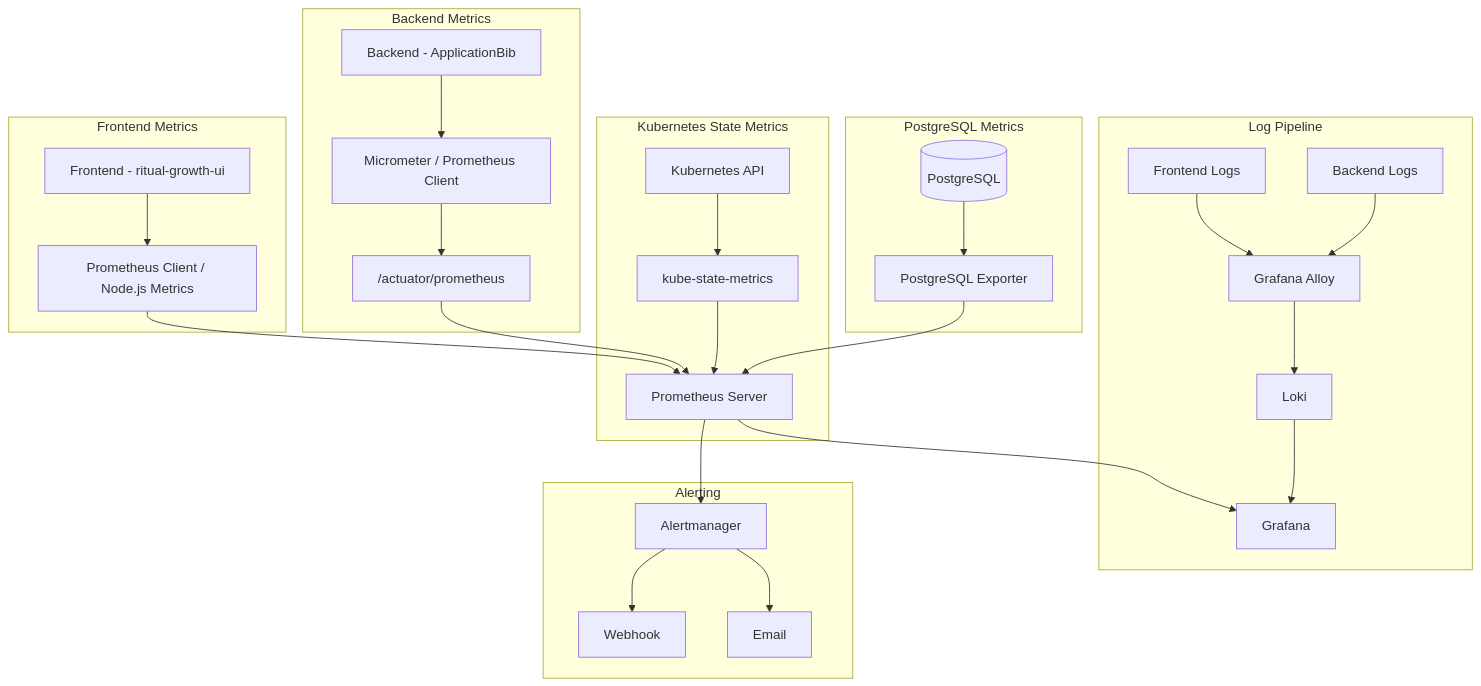
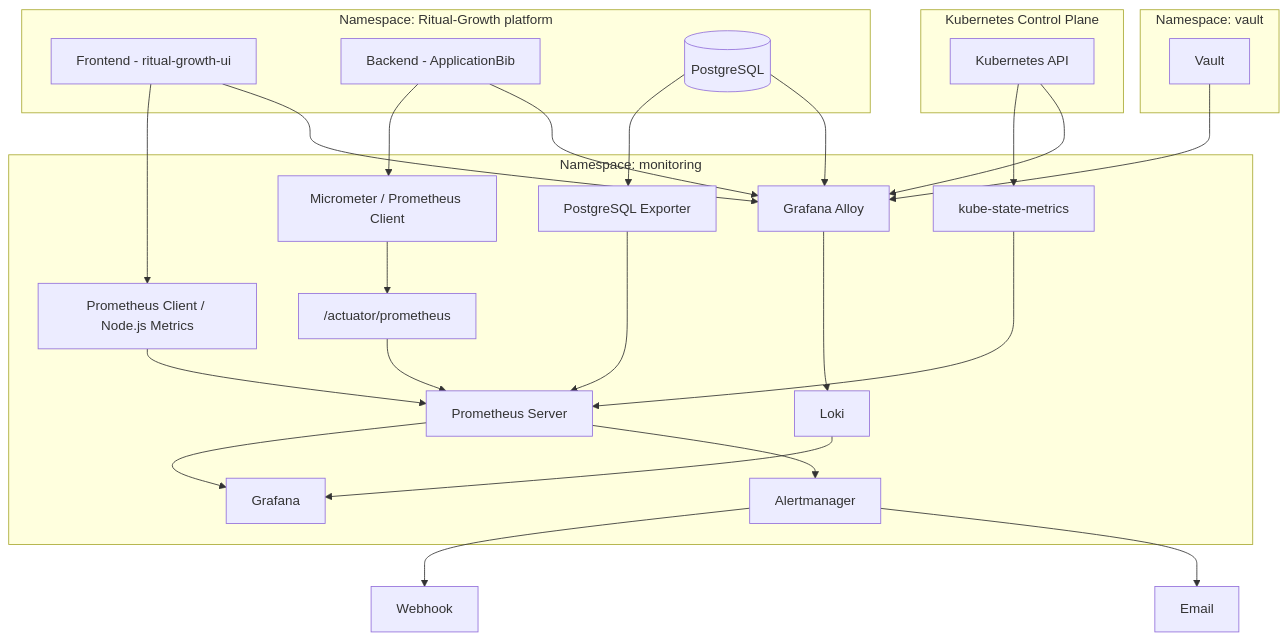
The sixth of 9 diagrams in docs/threat-model/threat-model.md (chaos-MK/ApplicationBib), drawn with Mermaid before and after one commit.

Commit message:
docs(threat-model): refine observability architecture [skip ci]

````diff
--- a/docs/threat-model/threat-model.md
+++ b/docs/threat-model/threat-model.md
@@ -542,44 +542,67 @@
 ```mermaid
 flowchart TD
-    subgraph FrontendMetrics [Frontend Metrics]
+    subgraph ApplicationNamespace ["Namespace: Ritual-Growth platform"]
         FE[Frontend - ritual-growth-ui]
-        FMC[Prometheus Client / Node.js Metrics]
-        FE --> FMC
+        BE[Backend - ApplicationBib]
+        PG[(PostgreSQL)]
     end
 
-    subgraph BackendMetrics [Backend Metrics]
-        BE[Backend - ApplicationBib]
+    subgraph VaultNamespace ["Namespace: vault"]
+        VAULT[Vault]
+    end
+
+    subgraph MonitoringNamespace ["Namespace: monitoring"]
+        FMC[Prometheus Client / Node.js Metrics]
         MC[Micrometer / Prometheus Client]
         EP["/actuator/prometheus"]
-        BE --> MC
-        MC --> EP
+
+        PS[Prometheus Server]
+        KSM[kube-state-metrics]
+        PGE[PostgreSQL Exporter]
+
+        ALLOY[Grafana Alloy]
+        LOKI[Loki]
+        GF[Grafana]
+        AM[Alertmanager]
     end
 
-    FMC --> PS[Prometheus Server]
+    subgraph KubernetesControlPlane ["Kubernetes Control Plane"]
+        KA[Kubernetes API]
+    end
+
+    %% Frontend metrics
+    FE --> FMC
+    FMC --> PS
+
+    %% Backend metrics
+    BE --> MC
+    MC --> EP
     EP --> PS
 
-    subgraph K8sMetrics [Kubernetes State Metrics]
-        KA[Kubernetes API] --> KSM[kube-state-metrics]
-        KSM --> PS
-    end
+    %% Kubernetes metrics
+    KA --> KSM
+    KSM --> PS
 
-    subgraph DBMetrics [PostgreSQL Metrics]
-        PG[(PostgreSQL)] --> PGE[PostgreSQL Exporter]
-        PGE --> PS
-    end
+    %% PostgreSQL metrics
+    PG --> PGE
+    PGE --> PS
 
-    PS --> GF[Grafana]
+    %% Metrics visualization
+    PS --> GF
 
-    subgraph Logs [Log Pipeline]
-        FEC[Frontend Logs] --> ALL[Grafana Alloy]
-        BEC[Backend Logs] --> ALL
-        ALL --> LK[Loki]
-        LK --> GF
-    end
+    %% Log collection
+    FE --> ALLOY
+    BE --> ALLOY
+    PG --> ALLOY
+    VAULT --> ALLOY
+    KA --> ALLOY
 
-    subgraph Alerts [Alerting]
-        PS --> AMG[Alertmanager]
-        AMG --> WH[Webhook]
-        AMG --> EM[Email]
-    end
+    %% Log storage / visualization
+    ALLOY --> LOKI
+    LOKI --> GF
+
+    %% Alerting
+    PS --> AM
+    AM --> WH[Webhook]
+    AM --> EM[Email]
 ```
````
